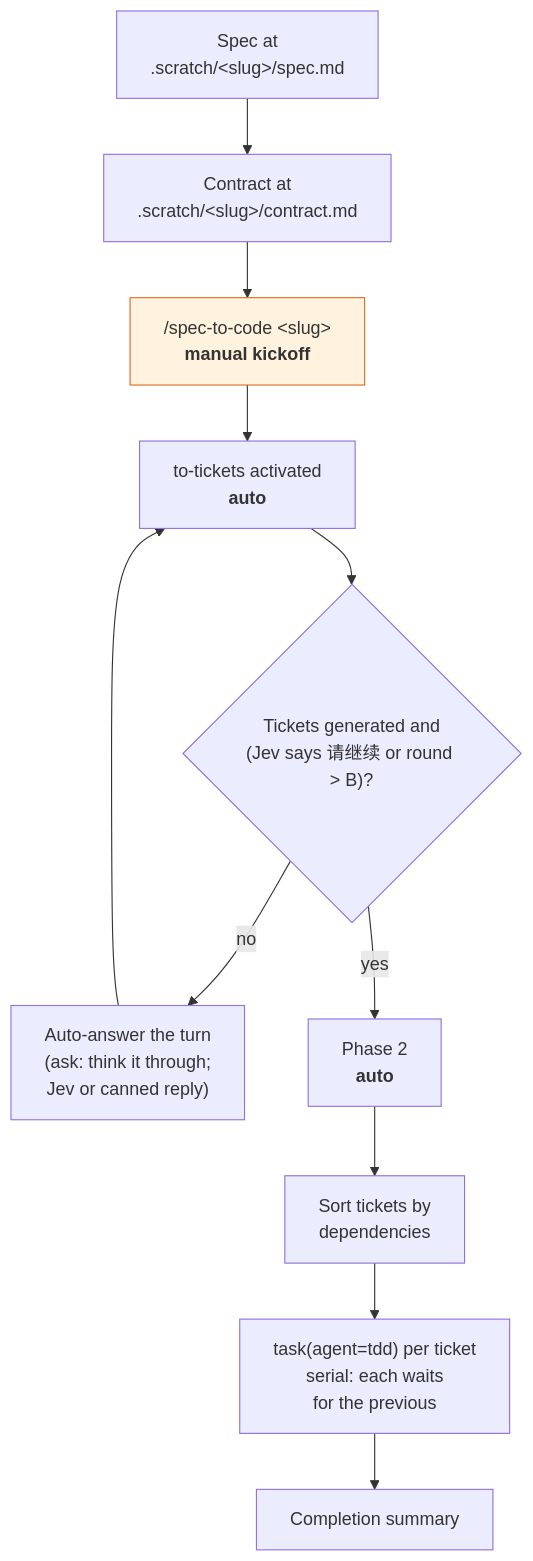
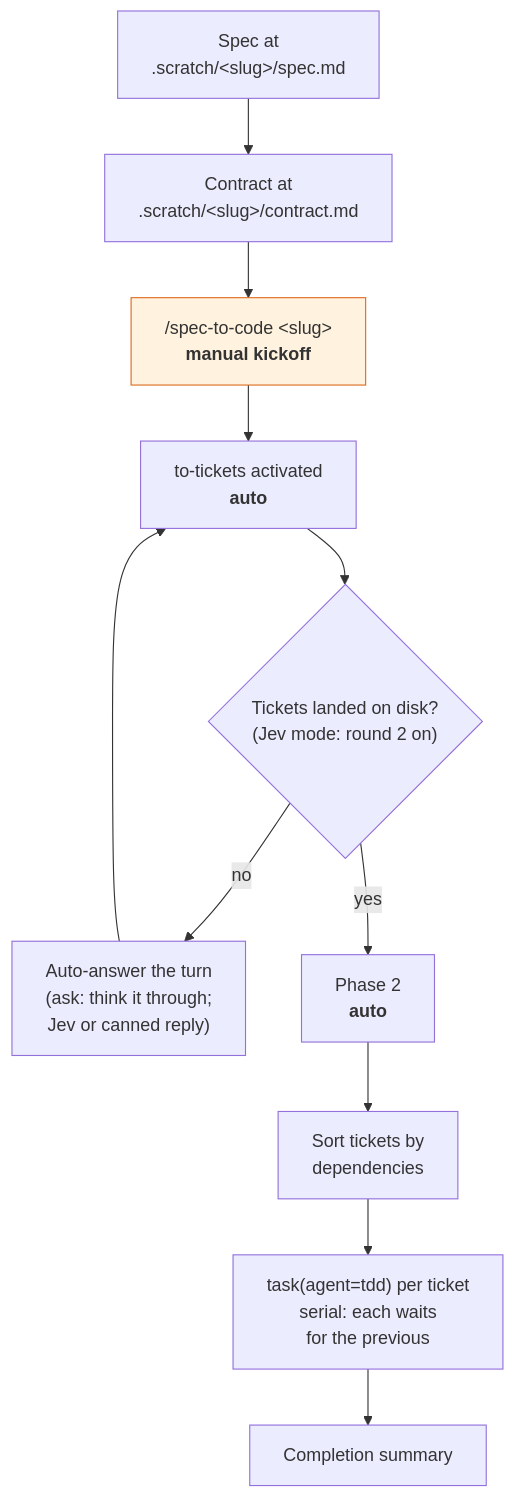
Before and after one commit to hugosol/oh-my-wayfinder: the second of 2 diagrams in README.md, drawn with Mermaid. The commit also changed other lines of this file and 6 other files, not shown here.

````diff
--- a/README.md
+++ b/README.md
@@ -112,14 +111,14 @@
 ```mermaid
 flowchart TD
     P["Spec at<br/>.scratch/&lt;slug&gt;/spec.md"] --> CT["Contract at<br/>.scratch/&lt;slug&gt;/contract.md"]
     CT --> C["/spec-to-code &lt;slug&gt;<br/><b>manual kickoff</b>"]
     C --> A["to-tickets activated<br/><b>auto</b>"]
-    A --> Q{"Tickets generated and<br/>(Jev says 请继续 or round &gt; B)?"}
+    A --> Q{"Tickets landed on disk?<br/>(Jev mode: round 2 on)"}
     Q -->|"no"| QA["Auto-answer the turn<br/>(ask: think it through;<br/>Jev or canned reply)"] --> A
     Q -->|"yes"| P2["Phase 2<br/><b>auto</b>"]
     P2 --> ORD["Sort tickets by<br/>dependencies"]
     ORD --> TD["task(agent=tdd) per ticket<br/>serial: each waits<br/>for the previous"]
     TD --> DONE["Completion summary"]
 
     style C fill:#fff3e0,stroke:#dd6b20
 ```
````
